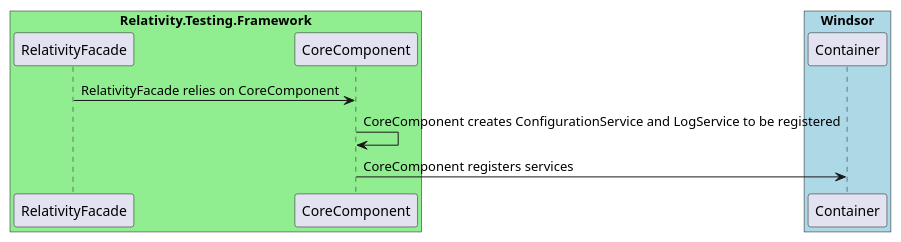
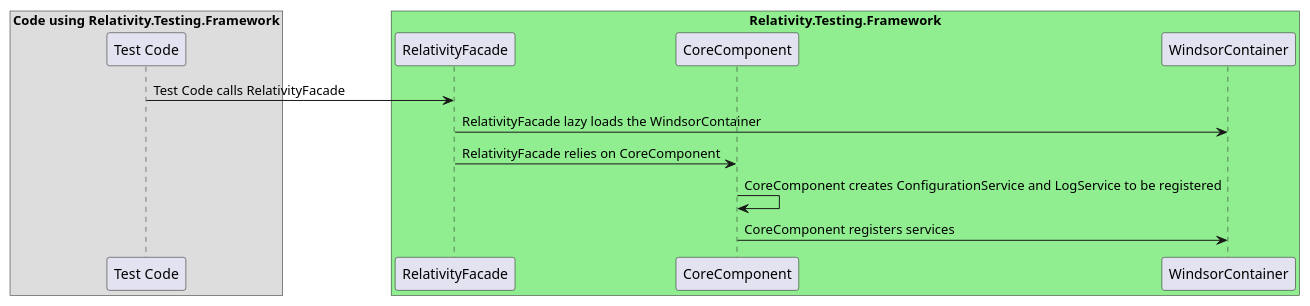
The diagram in docs/dev/SequenceDiagrams/UMLFiles/CoreComponent.iuml (relativitydev/relativity.testing.framework), drawn with PlantUML before and after one commit. The commit also changed 4 other files, not shown here.

Commit message:
TESTENG-1465: Update CoreComponent and RegisteredServices Sequence diagrams

```diff
--- a/docs/dev/SequenceDiagrams/UMLFiles/CoreComponent.iuml
+++ b/docs/dev/SequenceDiagrams/UMLFiles/CoreComponent.iuml
@@ -1,16 +1,19 @@
 @startuml Relativity.Testing.Framework CoreComponent Sequence Diagram
+
+box "Code using Relativity.Testing.Framework"
+participant "Test Code"
+end box
 
 box "Relativity.Testing.Framework" #LightGreen
 participant "RelativityFacade"
 participant "CoreComponent"
+participant "WindsorContainer"
 end box
 
-box "Windsor" #LightBlue
-participant "Container"
-end box
-
+"Test Code" -> "RelativityFacade" : Test Code calls RelativityFacade
+"RelativityFacade" -> "WindsorContainer" : RelativityFacade lazy loads the WindsorContainer
 "RelativityFacade" -> "CoreComponent" : RelativityFacade relies on CoreComponent
 "CoreComponent" -> "CoreComponent" : CoreComponent creates ConfigurationService and LogService to be registered
-"CoreComponent" -> "Container" : CoreComponent registers services
+"CoreComponent" -> "WindsorContainer" : CoreComponent registers services
 
 @enduml
```
